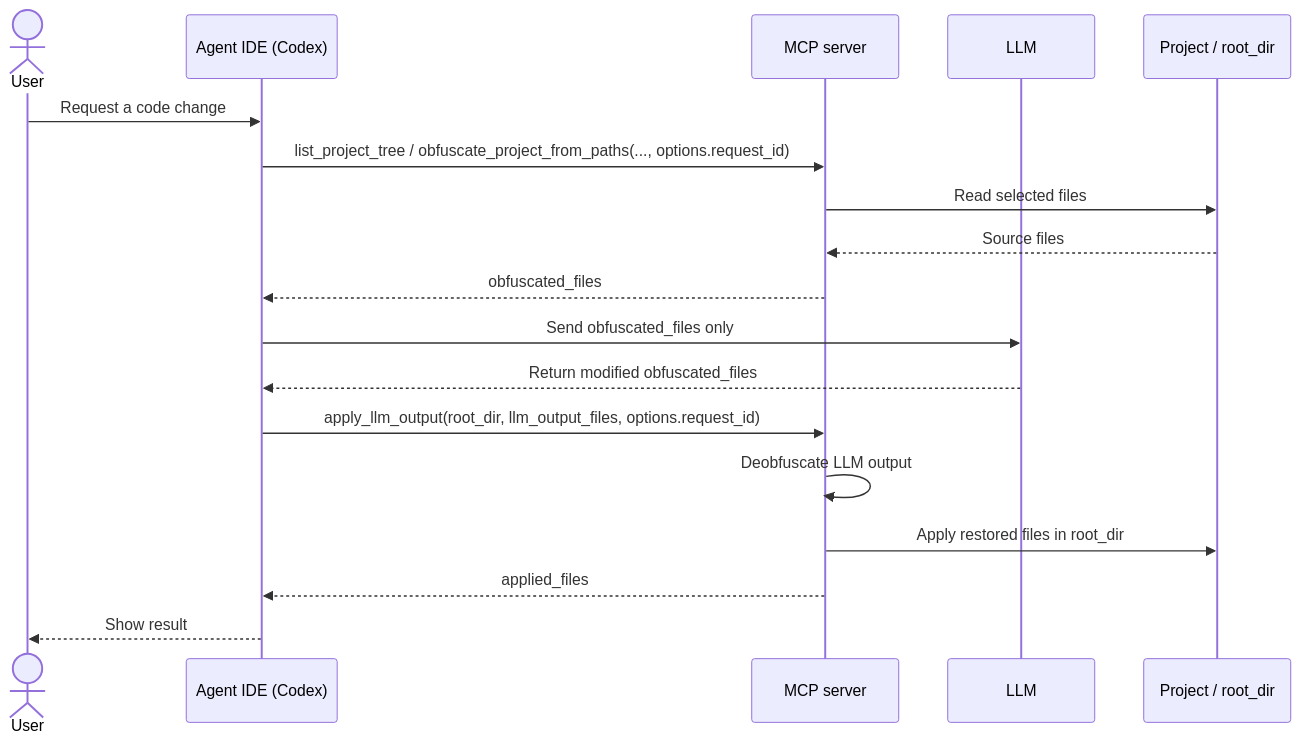
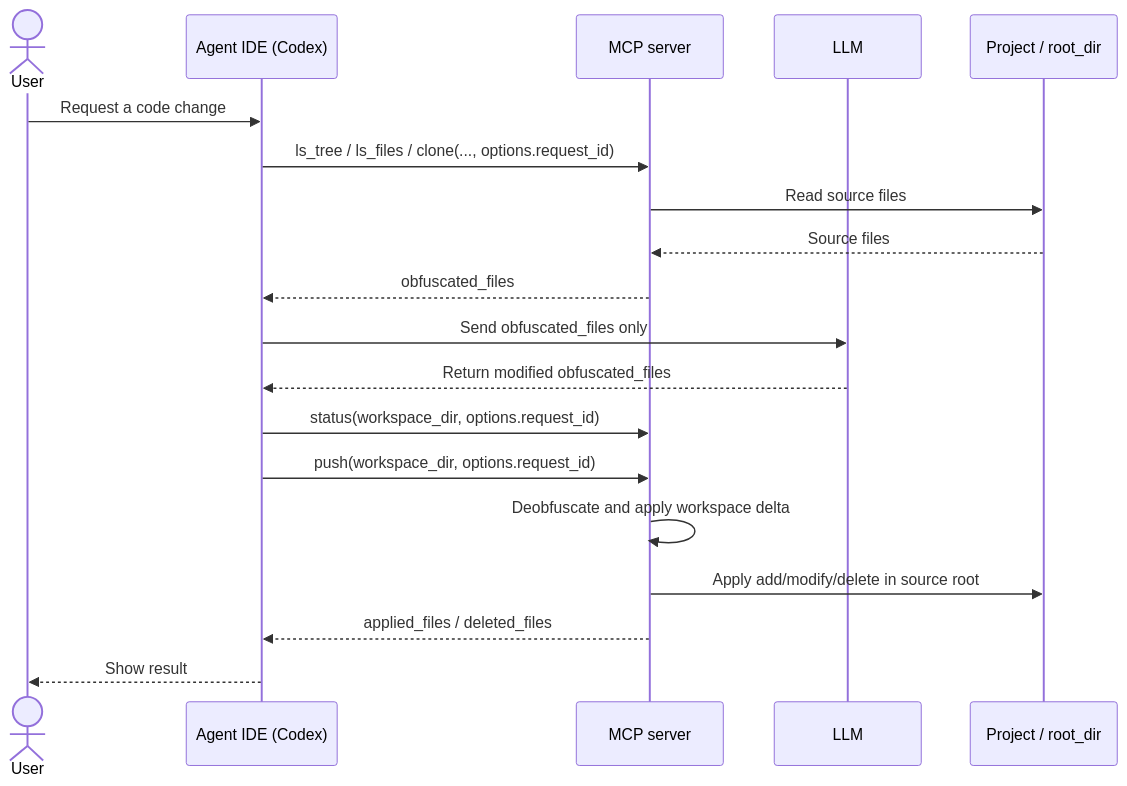
One commit to sawrus/code-obfuscator changed the second of 2 diagrams in docs/DETAILS.md. Above: the diagram before and after it, drawn with Mermaid. The commit also changed other lines of this file and 29 other files, not shown here.

````diff
--- a/docs/DETAILS.md
+++ b/docs/DETAILS.md
@@ -380,21 +107,22 @@
 ```mermaid
 sequenceDiagram
     actor User
     participant IDE as Agent IDE (Codex)
     participant MCP as MCP server
     participant LLM
     participant Project as Project / root_dir
 
     User->>IDE: Request a code change
-    IDE->>MCP: list_project_tree / obfuscate_project_from_paths(..., options.request_id)
-    MCP->>Project: Read selected files
+    IDE->>MCP: ls_tree / ls_files / clone(..., options.request_id)
+    MCP->>Project: Read source files
     Project-->>MCP: Source files
     MCP-->>IDE: obfuscated_files
     IDE->>LLM: Send obfuscated_files only
     LLM-->>IDE: Return modified obfuscated_files
-    IDE->>MCP: apply_llm_output(root_dir, llm_output_files, options.request_id)
-    MCP->>MCP: Deobfuscate LLM output
-    MCP->>Project: Apply restored files in root_dir
-    MCP-->>IDE: applied_files
+    IDE->>MCP: status(workspace_dir, options.request_id)
+    IDE->>MCP: push(workspace_dir, options.request_id)
+    MCP->>MCP: Deobfuscate and apply workspace delta
+    MCP->>Project: Apply add/modify/delete in source root
+    MCP-->>IDE: applied_files / deleted_files
     IDE-->>User: Show result
 ```
````
